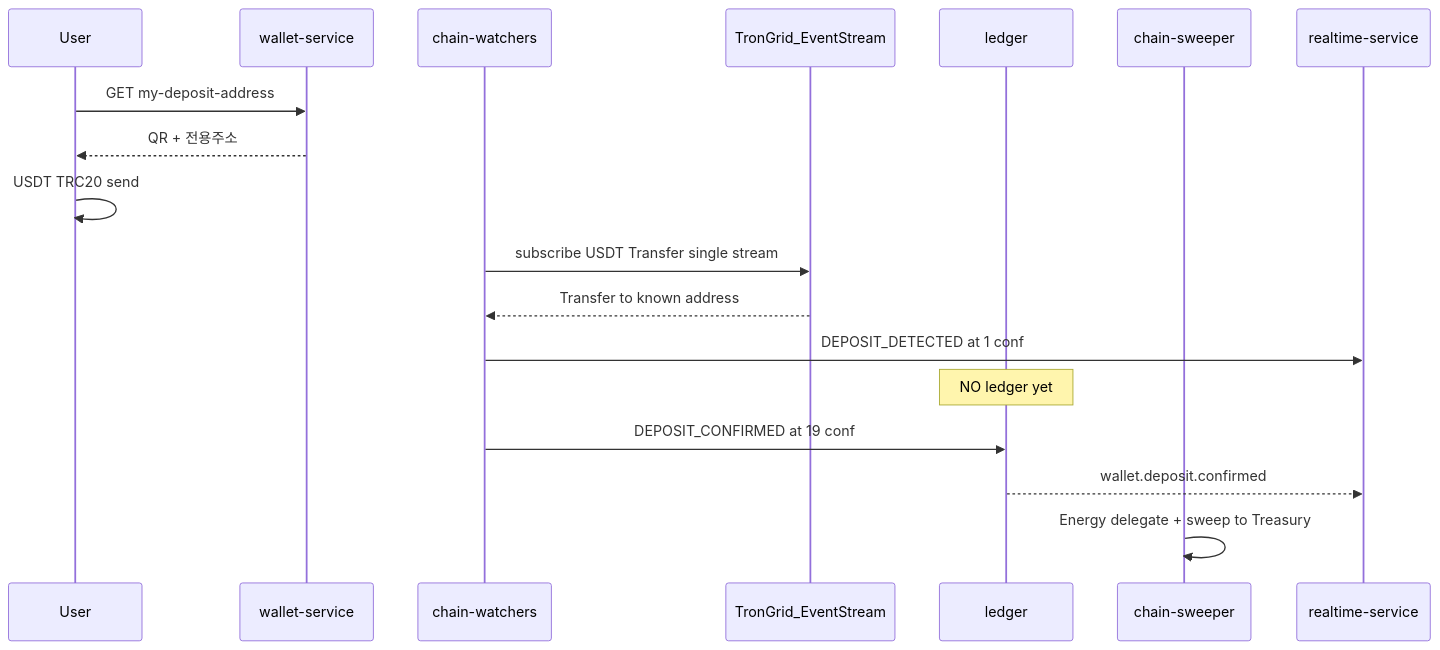
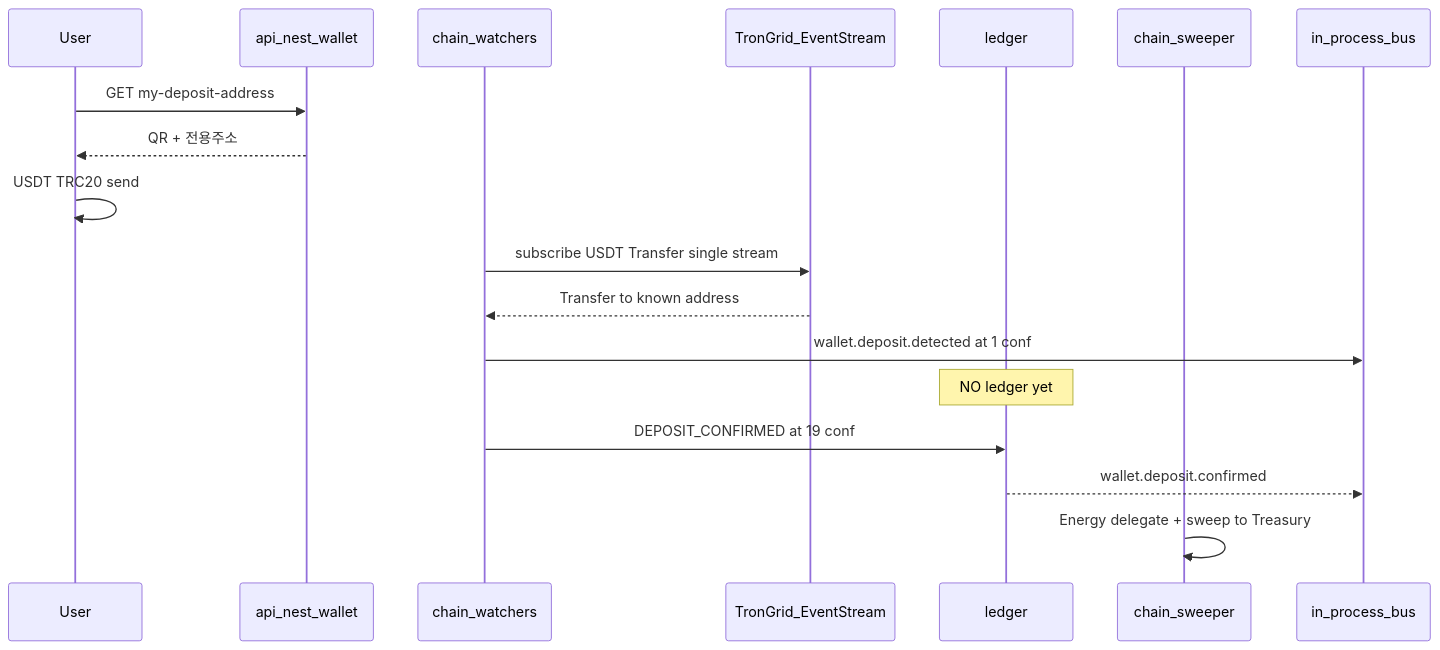
One commit to phonarawd/AI-Profit-OS changed the diagram in .cursor/plans/ai_profit_os_01_money_c3d4e5f6.plan.md. Above: the diagram before and after it, drawn with Mermaid. The commit also changed other lines of this file and 221 other files, not shown here.

First line of the commit message:
Close Money v7.22.38: Nest ledger/wallet/compliance/risk/referral, chain workers, and synced DB18.

````diff
--- a/.cursor/plans/ai_profit_os_01_money_c3d4e5f6.plan.md
+++ b/.cursor/plans/ai_profit_os_01_money_c3d4e5f6.plan.md
@@ -152,21 +253,21 @@
 ```mermaid
 sequenceDiagram
   participant U as User
-  participant W as wallet-service
-  participant CW as chain-watchers
+  participant W as api_nest_wallet
+  participant CW as chain_watchers
   participant TG as TronGrid_EventStream
   participant L as ledger
-  participant SW as chain-sweeper
-  participant RT as realtime-service
+  participant SW as chain_sweeper
+  participant Bus as in_process_bus
 
   U->>W: GET my-deposit-address
   W-->>U: QR + 전용주소
   U->>U: USDT TRC20 send
   CW->>TG: subscribe USDT Transfer single stream
   TG-->>CW: Transfer to known address
-  CW->>RT: DEPOSIT_DETECTED at 1 conf
+  CW->>Bus: wallet.deposit.detected at 1 conf
   Note over L: NO ledger yet
   CW->>L: DEPOSIT_CONFIRMED at 19 conf
-  L-->>RT: wallet.deposit.confirmed
+  L-->>Bus: wallet.deposit.confirmed
   SW->>SW: Energy delegate + sweep to Treasury
 ```
````
